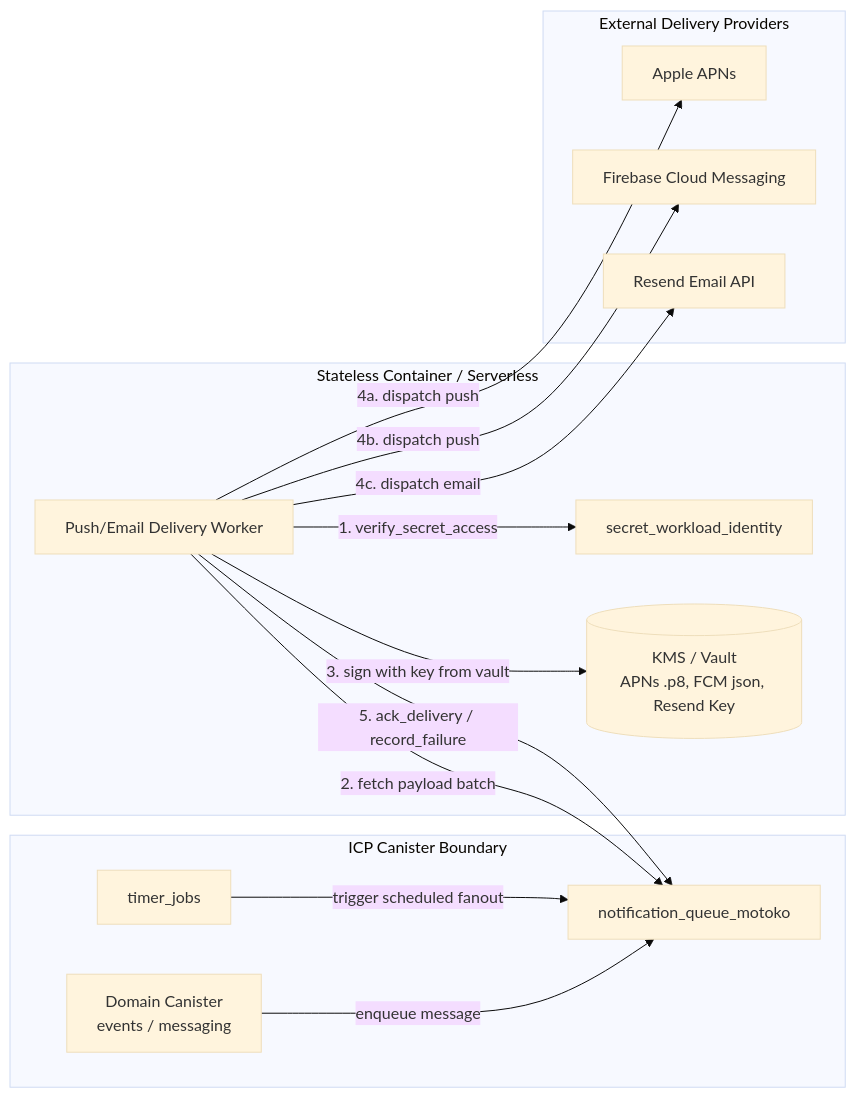
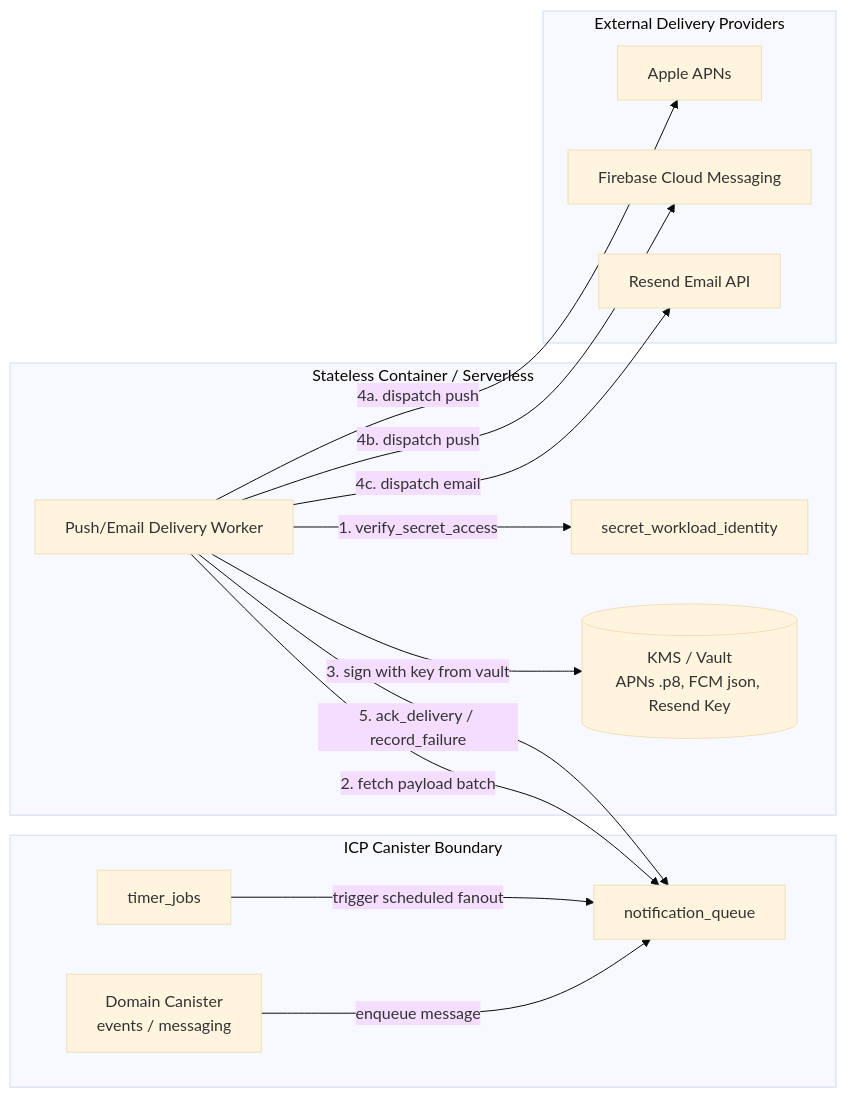
The second of 2 diagrams in docs/EDGE_SECRETS_PAYMENTS_AND_EXTERNAL_INTEGRATIONS_ANALYSIS.md (Ignite-Club-HQ/ignite-icp-lab), drawn with Mermaid (base theme) before and after one commit. The commit also changed other lines of this file and 1055 other files, not shown here.

````diff
--- a/docs/EDGE_SECRETS_PAYMENTS_AND_EXTERNAL_INTEGRATIONS_ANALYSIS.md
+++ b/docs/EDGE_SECRETS_PAYMENTS_AND_EXTERNAL_INTEGRATIONS_ANALYSIS.md
@@ -82,27 +82,27 @@
 ```mermaid
 flowchart LR
     subgraph ICP Canister Boundary
-        D[Domain Canister<br/>events / messaging] -->|enqueue message| Q[notification_queue_motoko]
+        D[Domain Canister<br/>events / messaging] -->|enqueue message| Q[notification_queue]
         T[timer_jobs] -->|trigger scheduled fanout| Q
     end
 
     subgraph External Delivery Worker [Stateless Container / Serverless]
         W[Push/Email Delivery Worker]
         SEC[secret_workload_identity]
         VAULT[(KMS / Vault<br/>APNs .p8, FCM json, Resend Key)]
     end
 
     subgraph External Delivery Providers
         APNS[Apple APNs]
         FCM[Firebase Cloud Messaging]
         RES[Resend Email API]
     end
 
     W -->|1. verify_secret_access| SEC
     W -->|2. fetch payload batch| Q
     W -->|3. sign with key from vault| VAULT
     W -->|4a. dispatch push| APNS
     W -->|4b. dispatch push| FCM
     W -->|4c. dispatch email| RES
     W -->|5. ack_delivery / record_failure| Q
 ```
````
